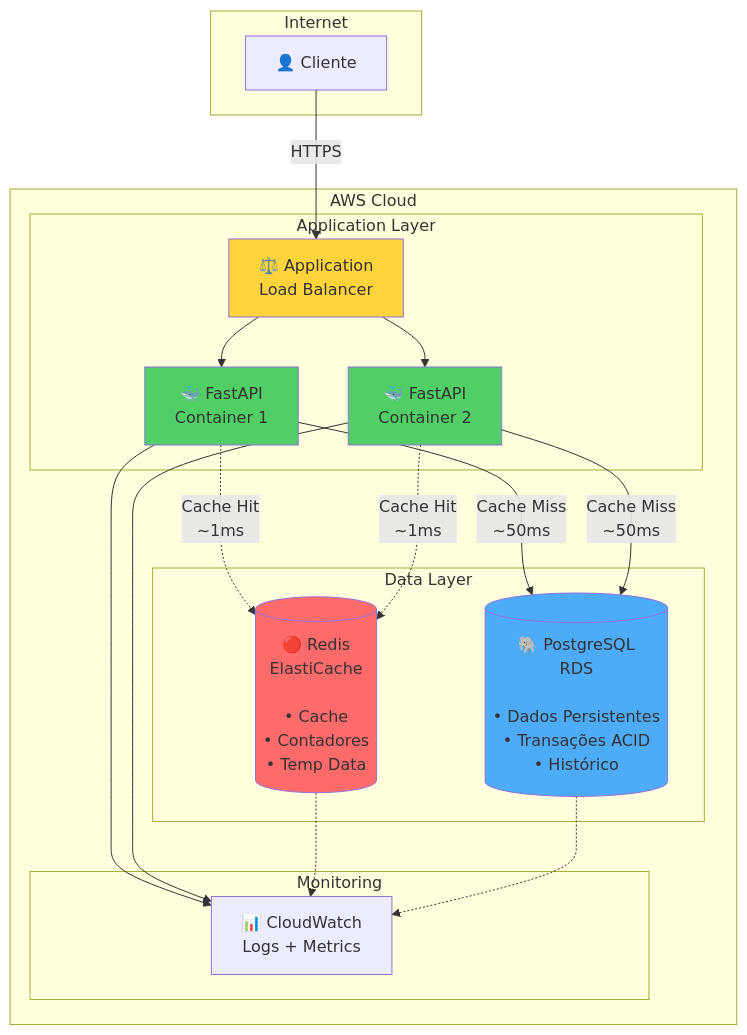
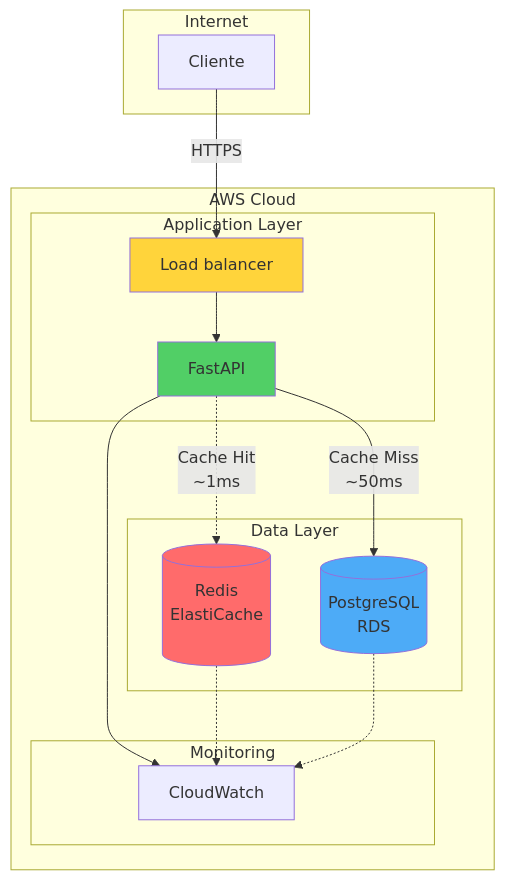
The first of 6 diagrams in README.md (LED-CIn-UFPE/aws-postgres-redis), drawn with Mermaid before and after one commit. The commit also changed other lines of this file, not shown here.

Commit message:
adjusting readme

````diff
--- a/README.md
+++ b/README.md
@@ -36,44 +36,38 @@
 ```mermaid
 graph TB
     subgraph Internet
-        Client[👤 Cliente]
+        Client[Cliente]
     end
 
     subgraph AWS Cloud
         subgraph Application Layer
-            ALB[⚖️ Application<br/>Load Balancer]
-            API1[🐳 FastAPI<br/>Container 1]
-            API2[🐳 FastAPI<br/>Container 2]
+            ALB[Load balancer]
+            API[FastAPI]
         end
 
         subgraph Data Layer
-            Redis[(🔴 Redis<br/>ElastiCache<br/><br/>• Cache<br/>• Contadores<br/>• Temp Data)]
-            PG[(🐘 PostgreSQL<br/>RDS<br/><br/>• Dados Persistentes<br/>• Transações ACID<br/>• Histórico)]
+            Redis[(Redis<br/>ElastiCache<br/><br/>)]
+            PG[(PostgreSQL<br/>RDS<br/>)]
         end
 
         subgraph Monitoring
-            CW[📊 CloudWatch<br/>Logs + Metrics]
+            CW[CloudWatch]
         end
     end
 
     Client -->|HTTPS| ALB
-    ALB --> API1
-    ALB --> API2
+    ALB --> API
 
-    API1 -.->|Cache Hit<br/>~1ms| Redis
-    API2 -.->|Cache Hit<br/>~1ms| Redis
+    API -.->|Cache Hit<br/>~1ms| Redis
 
-    API1 -->|Cache Miss<br/>~50ms| PG
-    API2 -->|Cache Miss<br/>~50ms| PG
+    API -->|Cache Miss<br/>~50ms| PG
 
-    API1 --> CW
-    API2 --> CW
+    API --> CW
     Redis -.-> CW
     PG -.-> CW
 
     style Redis fill:#ff6b6b
     style PG fill:#4dabf7
-    style API1 fill:#51cf66
-    style API2 fill:#51cf66
+    style API fill:#51cf66
     style ALB fill:#ffd43b
 ```
````
